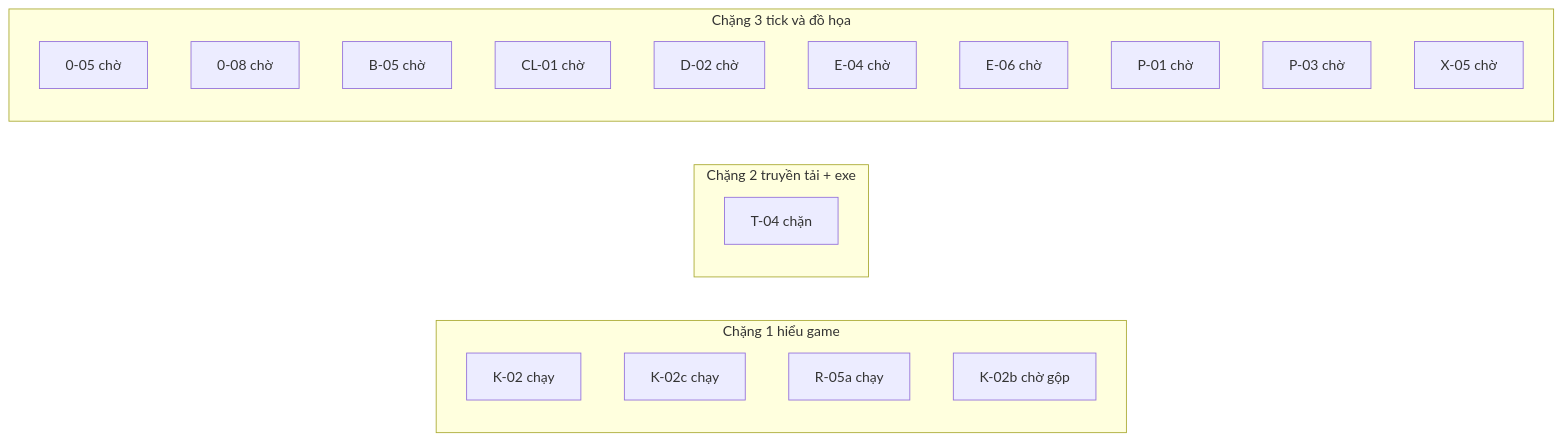
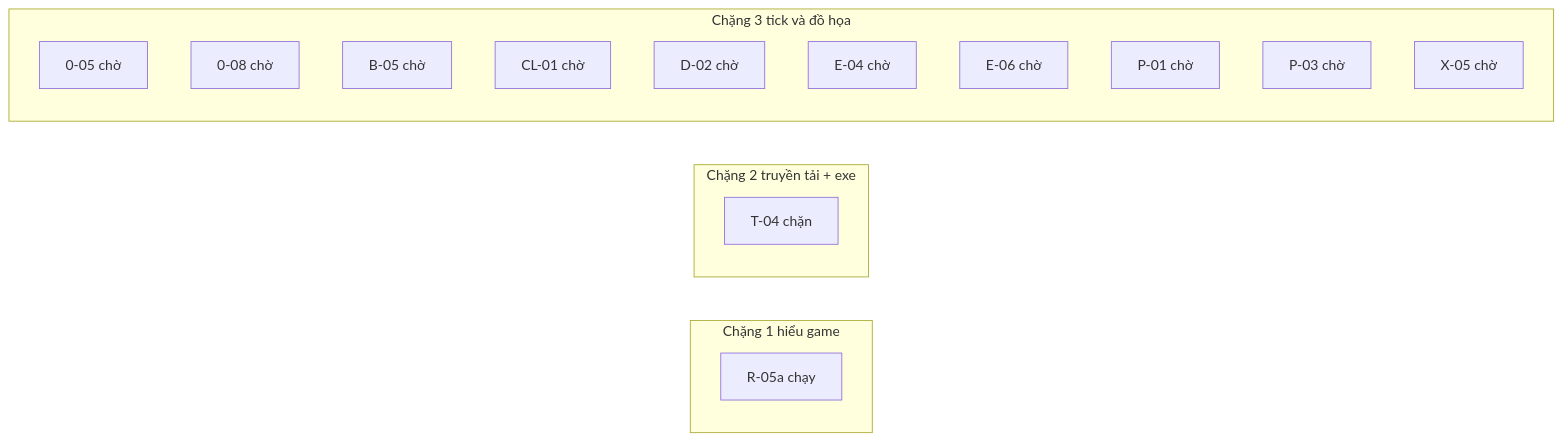
One commit to ndtangoss-dev/jx1-reports changed the diagram in JX1_OPS/STATE/TIEN-DO.md. Above: the diagram before and after it, drawn with Mermaid. The commit also changed other lines of this file and 4 other files, not shown here.

````diff
--- a/JX1_OPS/STATE/TIEN-DO.md
+++ b/JX1_OPS/STATE/TIEN-DO.md
@@ -9,24 +9,21 @@
 ```mermaid
 flowchart LR
   subgraph S1["Chặng 1 hiểu game"]
-    K_02["K-02 chạy"]
-    K_02c["K-02c chạy"]
     R_05a["R-05a chạy"]
-    K_02b["K-02b chờ gộp"]
   end
   subgraph S2["Chặng 2 truyền tải + exe"]
     T_04["T-04 chặn"]
   end
   subgraph S3["Chặng 3 tick và đồ họa"]
     0_05["0-05 chờ"]
     0_08["0-08 chờ"]
     B_05["B-05 chờ"]
     CL_01["CL-01 chờ"]
     D_02["D-02 chờ"]
     E_04["E-04 chờ"]
     E_06["E-06 chờ"]
     P_01["P-01 chờ"]
     P_03["P-03 chờ"]
     X_05["X-05 chờ"]
   end
 ```
````
